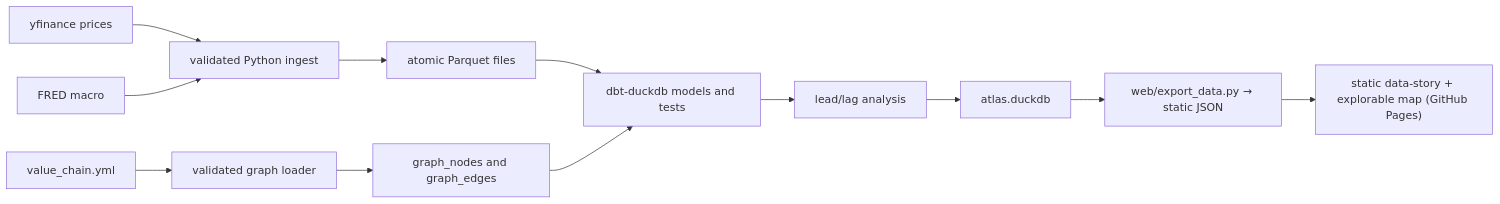
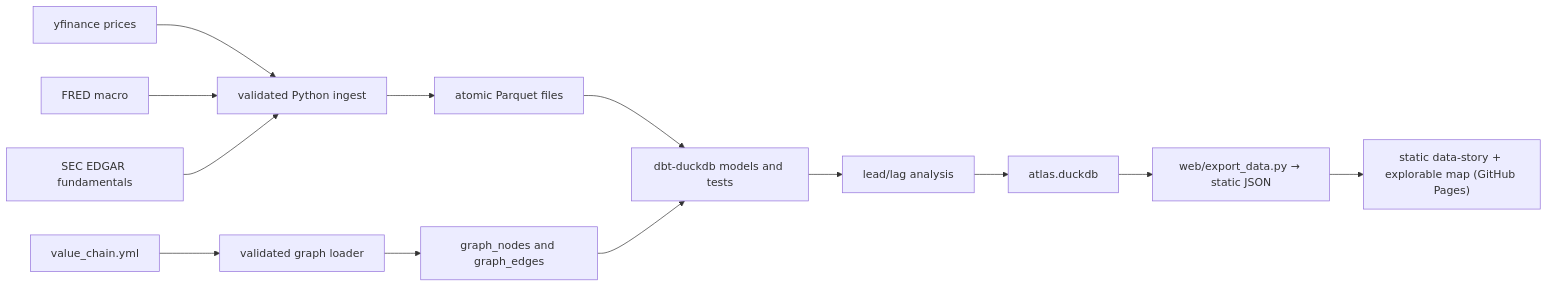
Before and after one commit to kc5587/atlas: the diagram in atlas/README.md, drawn with Mermaid. The commit also changed other lines of this file and 1 other file, not shown here.

Commit message:
docs: document Layer 2 fundamentals and capex lead/lag

````diff
--- a/atlas/README.md
+++ b/atlas/README.md
@@ -19,14 +19,15 @@
 ```mermaid
 flowchart LR
     Y["yfinance prices"] --> I["validated Python ingest"]
     F["FRED macro"] --> I
+    E["SEC EDGAR fundamentals"] --> I
     S["value_chain.yml"] --> G["validated graph loader"]
     I --> P["atomic Parquet files"]
     P --> D["dbt-duckdb models and tests"]
     G --> K["graph_nodes and graph_edges"]
     K --> D
     D --> A["lead/lag analysis"]
     A --> DB["atlas.duckdb"]
     DB --> EX["web/export_data.py → static JSON"]
     EX --> WEB["static data-story + explorable map (GitHub Pages)"]
 ```
````
